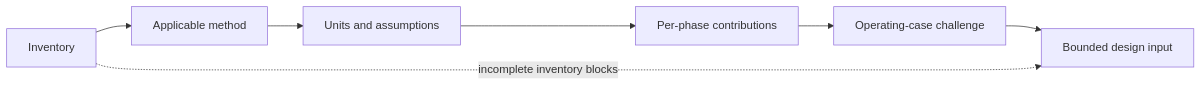
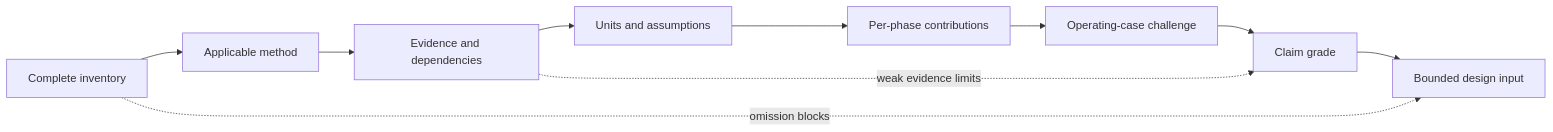
The second of 2 diagrams in docs/learning-plans/6-week/modules/day-15-load-identification-and-maximum-demand-workflow.md (andrew3stedall/capstone), drawn with Mermaid before and after one commit. The commit also changed other lines of this file, not shown here.

````diff
--- a/docs/learning-plans/6-week/modules/day-15-load-identification-and-maximum-demand-workflow.md
+++ b/docs/learning-plans/6-week/modules/day-15-load-identification-and-maximum-demand-workflow.md
@@ -122,9 +178,12 @@
 ```mermaid
 flowchart LR
-    I[Inventory] --> M[Applicable method]
-    M --> U[Units and assumptions]
+    I[Complete inventory] --> M[Applicable method]
+    M --> E[Evidence and dependencies]
+    E --> U[Units and assumptions]
     U --> P[Per-phase contributions]
     P --> O[Operating-case challenge]
-    O --> B[Bounded design input]
-    I -. incomplete inventory blocks .-> B
+    O --> C[Claim grade]
+    C --> B[Bounded design input]
+    I -. omission blocks .-> B
+    E -. weak evidence limits .-> C
 ```
````
